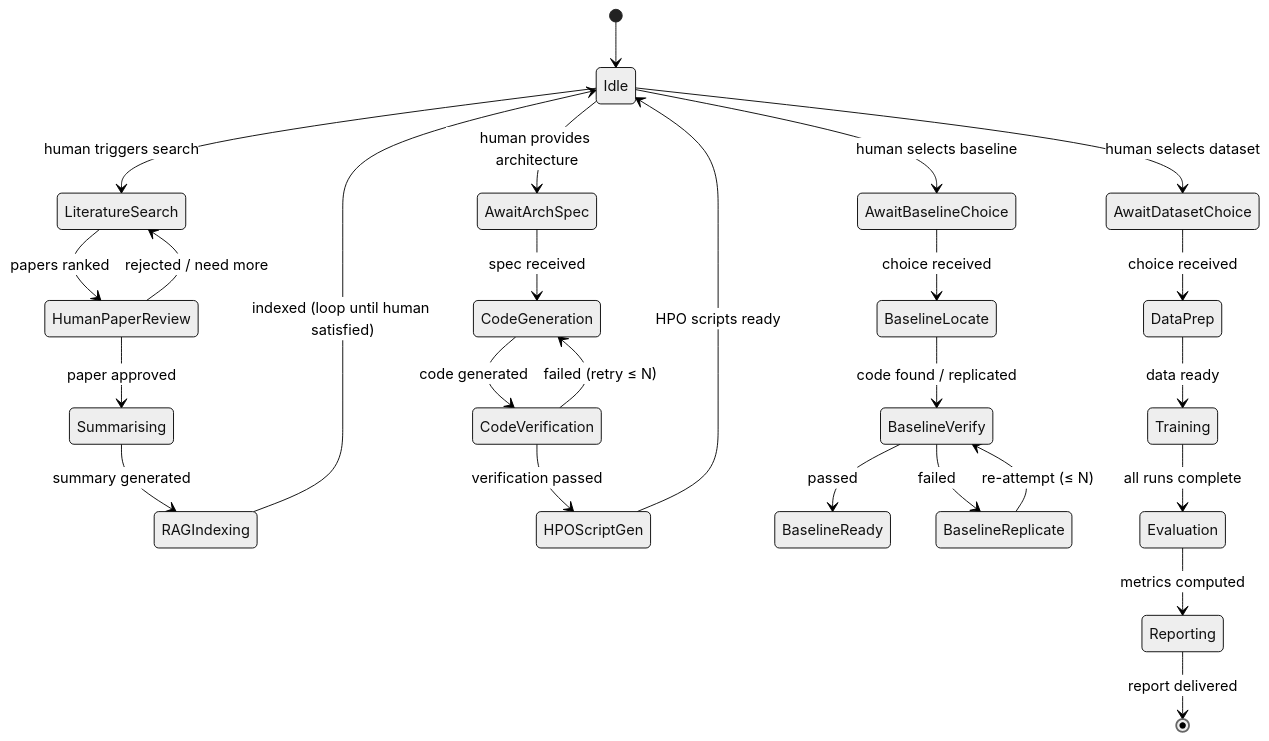
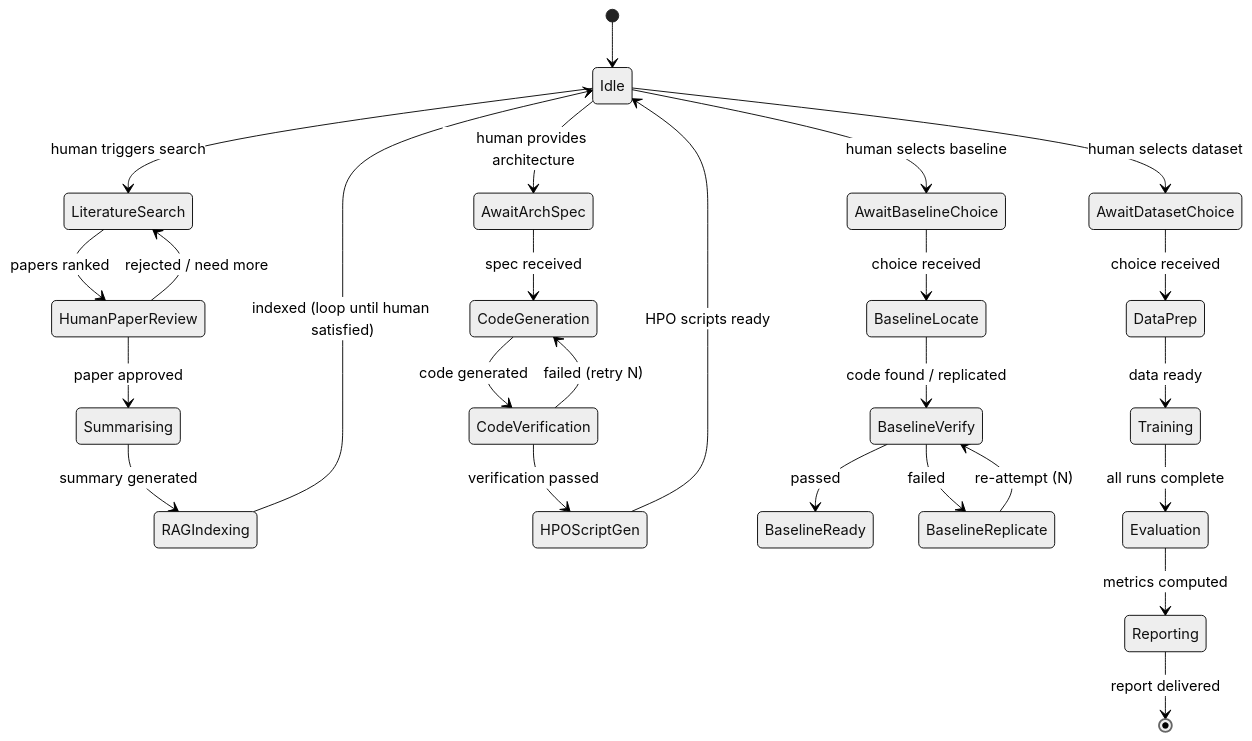
The sixth of 8 diagrams in ARCHITECTURE.md (vegitableoil/my-research-agent), drawn with Mermaid (neutral theme) before and after one commit. The commit also changed other lines of this file, not shown here.

First line of the commit message:
Fix Mermaid parse errors in ARCHITECTURE.md

````diff
--- a/ARCHITECTURE.md
+++ b/ARCHITECTURE.md
@@ -270,32 +270,32 @@
 ```mermaid
 stateDiagram-v2
     [*] --> Idle
 
     Idle --> LiteratureSearch : human triggers search
     LiteratureSearch --> HumanPaperReview : papers ranked
     HumanPaperReview --> Summarising : paper approved
     HumanPaperReview --> LiteratureSearch : rejected / need more
     Summarising --> RAGIndexing : summary generated
     RAGIndexing --> Idle : indexed (loop until human satisfied)
 
     Idle --> AwaitArchSpec : human provides architecture
     AwaitArchSpec --> CodeGeneration : spec received
     CodeGeneration --> CodeVerification : code generated
     CodeVerification --> HPOScriptGen : verification passed
-    CodeVerification --> CodeGeneration : failed (retry ≤ N)
+    CodeVerification --> CodeGeneration : failed (retry N)
     HPOScriptGen --> Idle : HPO scripts ready
 
     Idle --> AwaitBaselineChoice : human selects baseline
     AwaitBaselineChoice --> BaselineLocate : choice received
     BaselineLocate --> BaselineVerify : code found / replicated
     BaselineVerify --> BaselineReady : passed
     BaselineVerify --> BaselineReplicate : failed
-    BaselineReplicate --> BaselineVerify : re-attempt (≤ N)
+    BaselineReplicate --> BaselineVerify : re-attempt (N)
 
     Idle --> AwaitDatasetChoice : human selects dataset
     AwaitDatasetChoice --> DataPrep : choice received
     DataPrep --> Training : data ready
     Training --> Evaluation : all runs complete
     Evaluation --> Reporting : metrics computed
     Reporting --> [*] : report delivered
 ```
````
